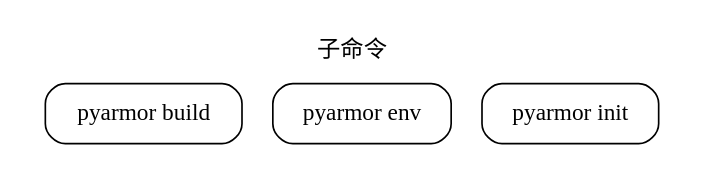
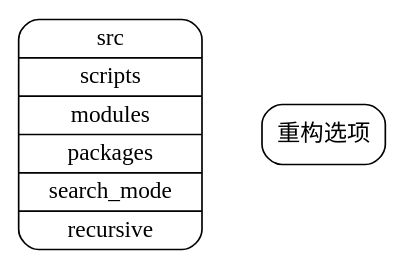
The second of 3 diagrams in pyarmor/learn/zh/project.rst (dashingsoft/dashingsoft.github.io), drawn with Graphviz before and after one commit. The commit also changed other lines of this file and 2 other files, not shown here.

Commit message:
Add project graph

```diff
--- a/pyarmor/learn/zh/project.rst
+++ b/pyarmor/learn/zh/project.rst
@@ -47,17 +42,17 @@
 .. graphviz::
+   :caption: 工程属性
    :align: center
-   :name: g-project-rft-options
+   :name: g-project-options
 
    digraph G {
       node [shape=box, style=rounded, target="_top"]
+      rankdir=LR
 
-      subgraph C {
-          cluster=true
-          label="子命令"
-          style="setlinewidth(0)"
+      project [shape=record
+               label="src|scripts|modules|packages|search_mode|recursive"
+               href="../../docs/zh/user/configutation.html"]
+      rft [label="重构选项", href="project.html#rft-options"]
 
-          init [label="pyarmor init", href="commands.html#cmd-init"]
-          env [label="pyarmor env", href="commands.html#cmd-env"]
-          build [label="pyarmor build", href="commands.html#cmd-build"]
-      }
+      edge [style=invis]
+      project -> rft
    }
```
